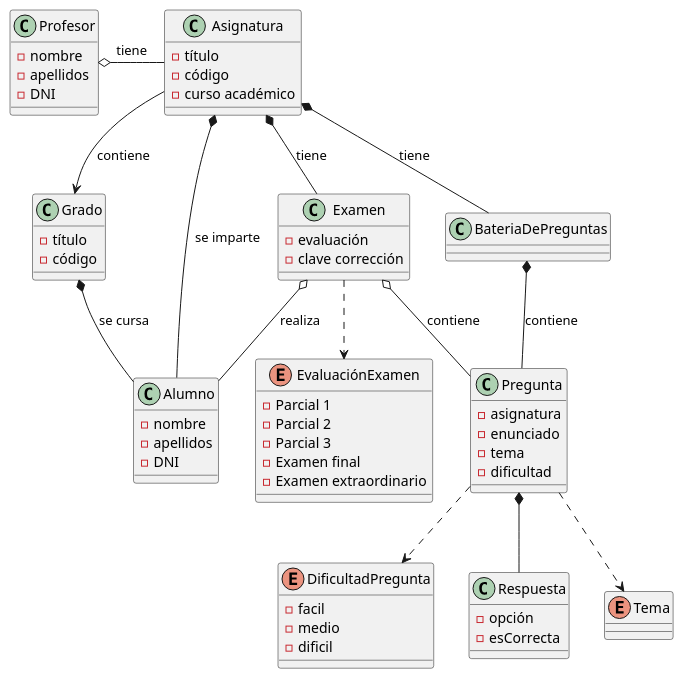
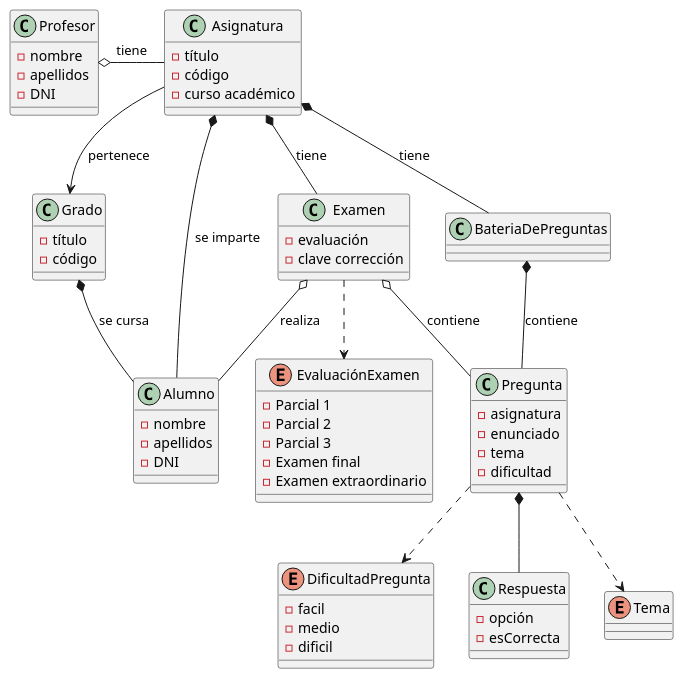
Before and after one commit to martinlopez7/25-26-IdSw1-SdR: the diagram in documents/modelos/diagramas/diagramaEntidad/diagramaEntidad.puml, drawn with PlantUML. The commit also changed 1 other file, not shown here.

Commit message:
fix(mdd): Corrección relación entre asignatura y grado [refs #66]

```diff
--- a/documents/modelos/diagramas/diagramaEntidad/diagramaEntidad.puml
+++ b/documents/modelos/diagramas/diagramaEntidad/diagramaEntidad.puml
@@ -1,67 +1,67 @@
 @startuml
 class Examen{
  - evaluación
  - clave corrección
 }
 class Asignatura{
  - título
  - código
  - curso académico
 }
 class Pregunta{
  - asignatura
  - enunciado
  - tema
  - dificultad
 }
 class BateriaDePreguntas{
 }
 class Grado{
  - título
  - código
 }
 class Profesor{
  - nombre
  - apellidos
  - DNI
 }
 class Alumno{
  - nombre
  - apellidos
  - DNI
 }
 enum EvaluaciónExamen{
  - Parcial 1
  - Parcial 2
  - Parcial 3
  - Examen final
  - Examen extraordinario
 }
 enum DificultadPregunta{
  - facil
  - medio
  - dificil
 }
 
 class Respuesta{
  - opción
  - esCorrecta
 }
 
 enum Tema{
 }
 
 Respuesta -u-* Pregunta
 Pregunta ..> DificultadPregunta
 Pregunta -u-o Examen : contiene
 Pregunta -u-* BateriaDePreguntas : contiene
 Examen ..> EvaluaciónExamen
 BateriaDePreguntas -u-* Asignatura : tiene
 Examen -u-* Asignatura : tiene
 Profesor o-r- Asignatura : tiene
-Asignatura --> Grado : contiene
+Asignatura --> Grado : pertenece
 Alumno -u-o Examen : realiza
 Alumno -u-* Asignatura : se imparte
 Alumno -u-* Grado : se cursa
 Pregunta ..> Tema
 @enduml
```
